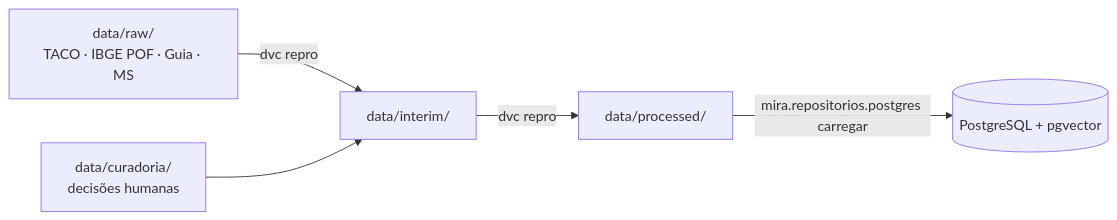
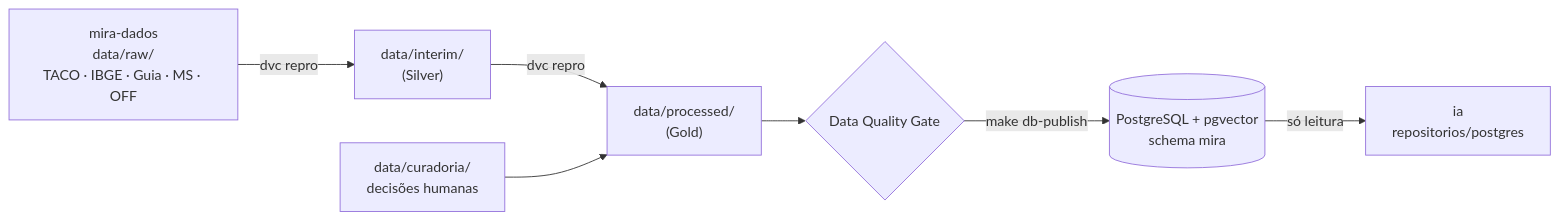
The diagram in docs/getting-started/estrutura-repositorio.md (residencia-ia-Challenge-2/documentacao), drawn with Mermaid before and after one commit. The commit also changed other lines of this file and 17 other files, not shown here.

First line of the commit message:
docs: adiciona página de escopo e alinha documentação de dados ao mira-dados

````diff
--- a/docs/getting-started/estrutura-repositorio.md
+++ b/docs/getting-started/estrutura-repositorio.md
@@ -25,7 +40,9 @@
 ```mermaid
 flowchart LR
-    raw["data/raw/<br/>TACO · IBGE POF · Guia · MS"] -->|dvc repro| interim["data/interim/"]
-    cur["data/curadoria/<br/>decisões humanas"] --> interim
-    interim -->|dvc repro| proc["data/processed/"]
-    proc -->|mira.repositorios.postgres carregar| pg[("PostgreSQL + pgvector")]
+    raw["mira-dados<br/>data/raw/<br/>TACO · IBGE · Guia · MS · OFF"] -->|dvc repro| interim["data/interim/<br/>(Silver)"]
+    interim -->|dvc repro| proc["data/processed/<br/>(Gold)"]
+    cur["data/curadoria/<br/>decisões humanas"] --> proc
+    proc --> dq{"Data Quality Gate"}
+    dq -->|"make db-publish"| pg[("PostgreSQL + pgvector<br/>schema mira")]
+    pg -->|só leitura| ia["ia<br/>repositorios/postgres"]
 ```
````
